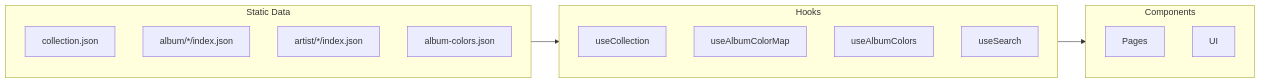
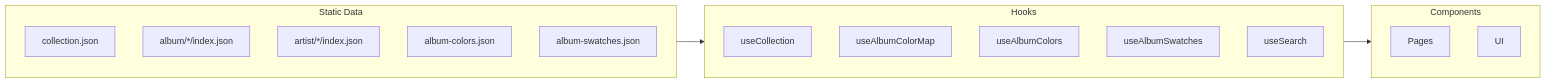
Before and after one commit to russmckendrick/russ-fm: the second of 2 diagrams in docs/frontend/README.md, drawn with Mermaid. The commit also changed other lines of this file and 14 other files, not shown here.

Commit message:
📝 docs: document build-time sleeve colours and album-swatches.json

````diff
--- a/docs/frontend/README.md
+++ b/docs/frontend/README.md
@@ -117,24 +117,26 @@
 ```mermaid
 flowchart LR
     subgraph Static["Static Data"]
         collection.json
         album/*/index.json
         artist/*/index.json
         album-colors.json
+        album-swatches.json
     end
 
     subgraph Hooks
         useCollection
         useAlbumColorMap
         useAlbumColors
+        useAlbumSwatches
         useSearch
     end
 
     subgraph Components
         Pages
         UI
     end
 
     Static --> Hooks
     Hooks --> Components
 ```
````
